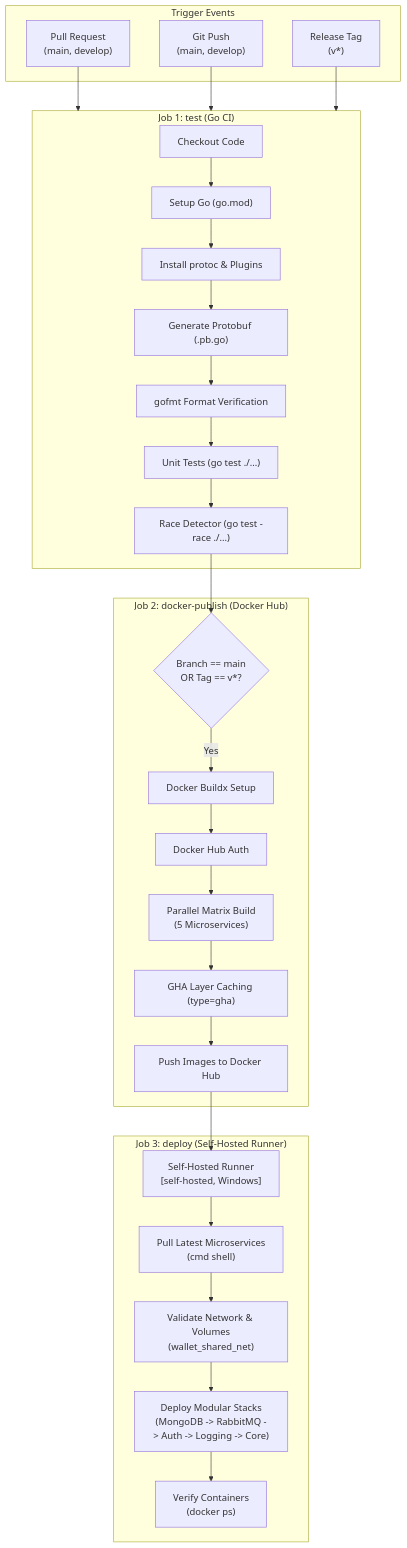
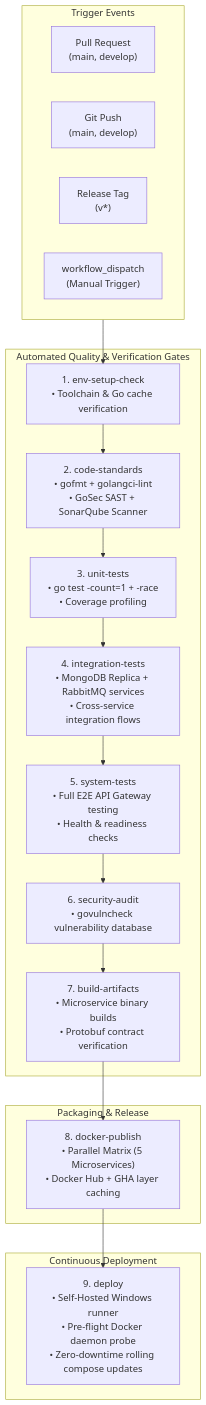
Before and after one commit to bkojha74/global-wallet-microservices: the seventh of 7 diagrams in README.md, drawn with Mermaid. The commit also changed other lines of this file and 71 other files, not shown here.

Commit message:
feat: implement global wallet microservices architecture with core services, shared packages, and CI/CD pipelines

````diff
--- a/README.md
+++ b/README.md
@@ -500,46 +500,37 @@
 ```mermaid
 flowchart TD
     subgraph Triggers["Trigger Events"]
         PR["Pull Request<br/>(main, develop)"]
         Push["Git Push<br/>(main, develop)"]
         Tag["Release Tag<br/>(v*)"]
+        Manual["workflow_dispatch<br/>(Manual Trigger)"]
     end
 
-    subgraph CI["Job 1: test (Go CI)"]
-        Checkout1["Checkout Code"]
-        GoSetup["Setup Go (go.mod)"]
-        Protoc["Install protoc & Plugins"]
-        GenProto["Generate Protobuf (.pb.go)"]
-        Fmt["gofmt Format Verification"]
-        UnitTest["Unit Tests (go test ./...)"]
-        RaceTest["Race Detector (go test -race ./...)"]
-
-        Checkout1 --> GoSetup --> Protoc --> GenProto --> Fmt --> UnitTest --> RaceTest
+    subgraph CI_Pipeline["Automated Quality & Verification Gates"]
+        Env["1. env-setup-check<br/>• Toolchain & Go cache verification"]
+        Standards["2. code-standards<br/>• gofmt + golangci-lint<br/>• GoSec SAST + SonarQube Scanner"]
+        Unit["3. unit-tests<br/>• go test -count=1 + -race<br/>• Coverage profiling"]
+        Integ["4. integration-tests<br/>• MongoDB Replica + RabbitMQ services<br/>• Cross-service integration flows"]
+        Sys["5. system-tests<br/>• Full E2E API Gateway testing<br/>• Health & readiness checks"]
+        Vuln["6. security-audit<br/>• govulncheck vulnerability database"]
+        Build["7. build-artifacts<br/>• Microservice binary builds<br/>• Protobuf contract verification"]
     end
 
-    subgraph CD_Build["Job 2: docker-publish (Docker Hub)"]
-        Gate1{"Branch == main<br/>OR Tag == v*?"}
-        Buildx["Docker Buildx Setup"]
-        DHLogin["Docker Hub Auth"]
-        Matrix["Parallel Matrix Build<br/>(5 Microservices)"]
-        Cache["GHA Layer Caching (type=gha)"]
-        PushDH["Push Images to Docker Hub"]
-
-        Gate1 -->|Yes| Buildx --> DHLogin --> Matrix --> Cache --> PushDH
+    subgraph CD_Build["Packaging & Release"]
+        Pub["8. docker-publish<br/>• Parallel Matrix (5 Microservices)<br/>• Docker Hub + GHA layer caching"]
     end
 
-    subgraph CD_Deploy["Job 3: deploy (Self-Hosted Runner)"]
-        Runner["Self-Hosted Runner<br/>[self-hosted, Windows]"]
-        PullImg["Pull Latest Microservices<br/>(cmd shell)"]
-        NetVol["Validate Network & Volumes<br/>(wallet_shared_net)"]
-        StackUp["Deploy Modular Stacks<br/>(MongoDB -> RabbitMQ -> Auth -> Logging -> Core)"]
-        HealthCheck["Verify Containers<br/>(docker ps)"]
-
-        PushDH --> Runner --> PullImg --> NetVol --> StackUp --> HealthCheck
+    subgraph CD_Deploy["Continuous Deployment"]
+        Deploy["9. deploy<br/>• Self-Hosted Windows runner<br/>• Pre-flight Docker daemon probe<br/>• Zero-downtime rolling compose updates"]
     end
 
-    PR --> CI
-    Push --> CI
-    Tag --> CI
-    RaceTest --> Gate1
+    Triggers --> Env
+    Env --> Standards
+    Standards --> Unit
+    Unit --> Integ
+    Integ --> Sys
+    Sys --> Vuln
+    Vuln --> Build
+    Build --> Pub
+    Pub --> Deploy
 ```
````
